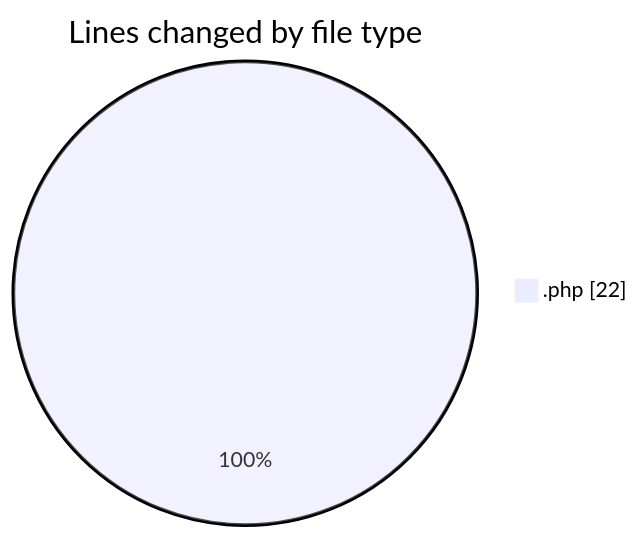
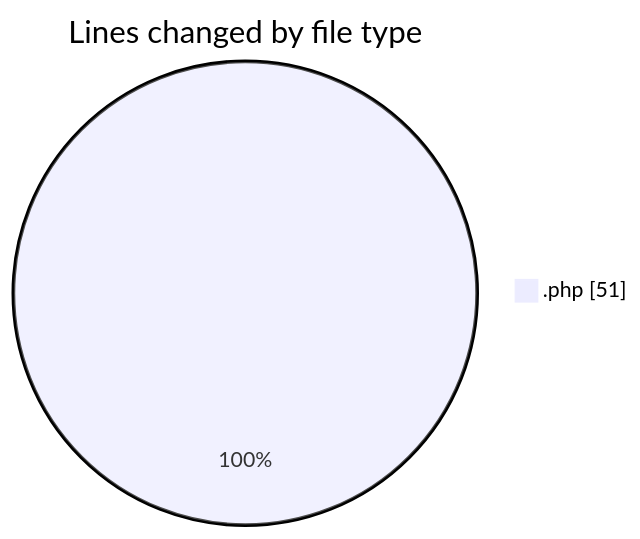
One commit to LanceThiago/code-tracking changed the first of 2 diagrams in 2025-11-12/web/README.md. Above: the diagram before and after it, drawn with Mermaid. The commit also changed other lines of this file and 1 other file, not shown here.

````diff
--- a/2025-11-12/web/README.md
+++ b/2025-11-12/web/README.md
@@ -20,5 +20,5 @@
 ```mermaid
 pie showData
 title Lines changed by file type
-".php" : 22
+".php" : 51
 ```
````
